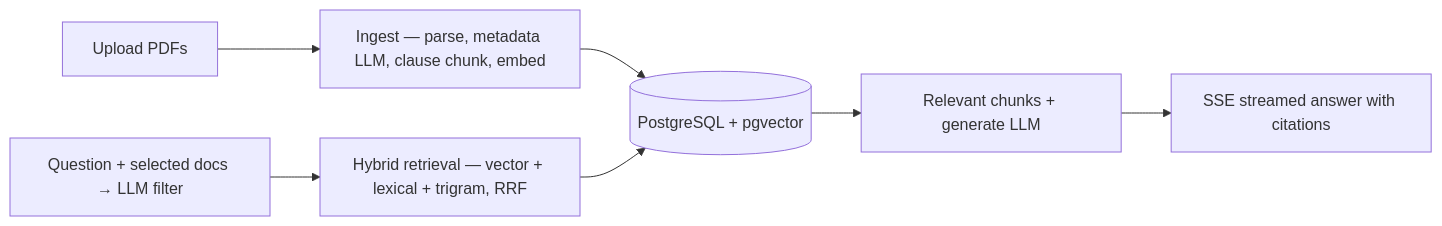
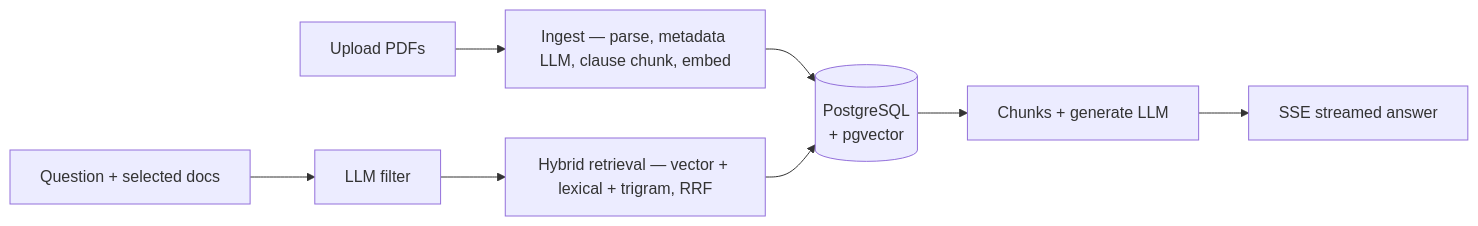
The diagram in README.md (amadeuserras/leaseclear), drawn with Mermaid before and after one commit. The commit also changed other lines of this file and 1 other file, not shown here.

````diff
--- a/README.md
+++ b/README.md
@@ -18,10 +18,11 @@
 ```mermaid
 flowchart LR
   UP["Upload PDFs"] --> ING["Ingest — parse, metadata LLM, clause chunk, embed"]
-  ING --> DB[("PostgreSQL + pgvector")]
+  ING --> DB[("PostgreSQL<br>+ pgvector")]
 
-  SCOPE["Question + selected docs → LLM filter"] --> RET["Hybrid retrieval — vector + lexical + trigram, RRF"]
+  SCOPE["Question + selected docs"] --> FIL["LLM filter"]
+  FIL --> RET["Hybrid retrieval — vector + lexical + trigram, RRF"]
   RET --> DB
-  DB --> GEN["Relevant chunks + generate LLM"]
-  GEN --> FE["SSE streamed answer with citations"]
+  DB --> GEN["Chunks + generate LLM"]
+  GEN --> FE["SSE streamed answer"]
 ```
````
